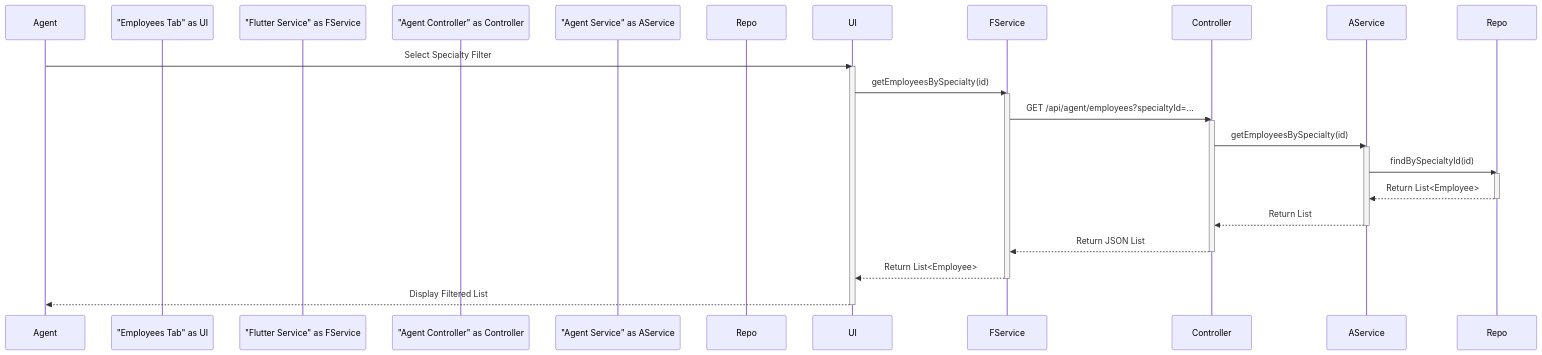
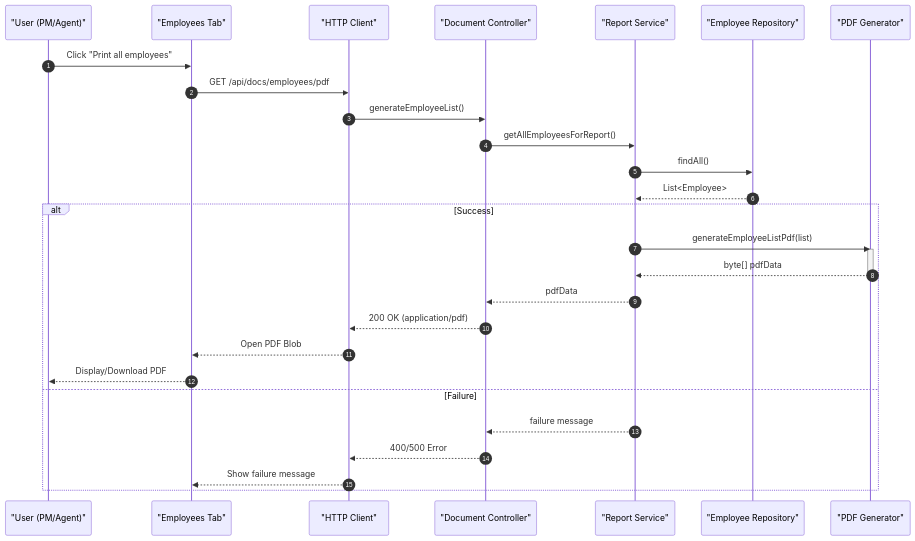
Diagram 12 of 15 in diagrams/04_Chapter2_Modeling.md (AmirtterK/human-resources-management), drawn with Mermaid before and after one commit. The commit also changed other lines of this file and 2 other files, not shown here.

````diff
--- a/diagrams/04_Chapter2_Modeling.md
+++ b/diagrams/04_Chapter2_Modeling.md
@@ -262,32 +501,33 @@
 ```mermaid
 sequenceDiagram
-    participant Agent
-    participant "Employees Tab" as UI
-    participant "Flutter Service" as FService
-    participant "Agent Controller" as Controller
-    participant "Agent Service" as AService
-    participant "Repository" as Repo
-    
-    Agent->>UI: Select Specialty Filter
-    activate UI
-    UI->>FService: getEmployeesBySpecialty(id)
-    activate FService
-    
-    FService->>Controller: GET /api/agent/employees?specialtyId=...
-    activate Controller
-    Controller->>AService: getEmployeesBySpecialty(id)
-    activate AService
-    AService->>Repo: findBySpecialtyId(id)
-    activate Repo
-    Repo-->>AService: Return List<Employee>
-    deactivate Repo
-    AService-->>Controller: Return List
-    deactivate AService
-    Controller-->>FService: Return JSON List
-    deactivate Controller
-    
-    FService-->>UI: Return List<Employee>
-    deactivate FService
-    UI-->>Agent: Display Filtered List
-    deactivate UI
+    autonumber
+    participant User as "User (PM/Agent)"
+    participant UI as "Employees Tab"
+    participant HTTP as "HTTP Client"
+    participant Ctrl as "Document Controller"
+    participant Svc as "Report Service"
+    participant Repo as "Employee Repository"
+    participant PDF as "PDF Generator"
+
+    User->>UI: Click "Print all employees"
+    UI->>HTTP: GET /api/docs/employees/pdf
+    HTTP->>Ctrl: generateEmployeeList()
+    Ctrl->>Svc: getAllEmployeesForReport()
+    Svc->>Repo: findAll()
+    Repo-->>Svc: List<Employee>
+
+    alt Success
+        Svc->>PDF: generateEmployeeListPdf(list)
+        activate PDF
+        PDF-->>Svc: byte[] pdfData
+        deactivate PDF
+        Svc-->>Ctrl: pdfData
+        Ctrl-->>HTTP: 200 OK (application/pdf)
+        HTTP-->>UI: Open PDF Blob
+        UI-->>User: Display/Download PDF
+    else Failure
+        Svc-->>Ctrl: failure message
+        Ctrl-->>HTTP: 400/500 Error
+        HTTP-->>UI: Show failure message
+    end
 ```
````
